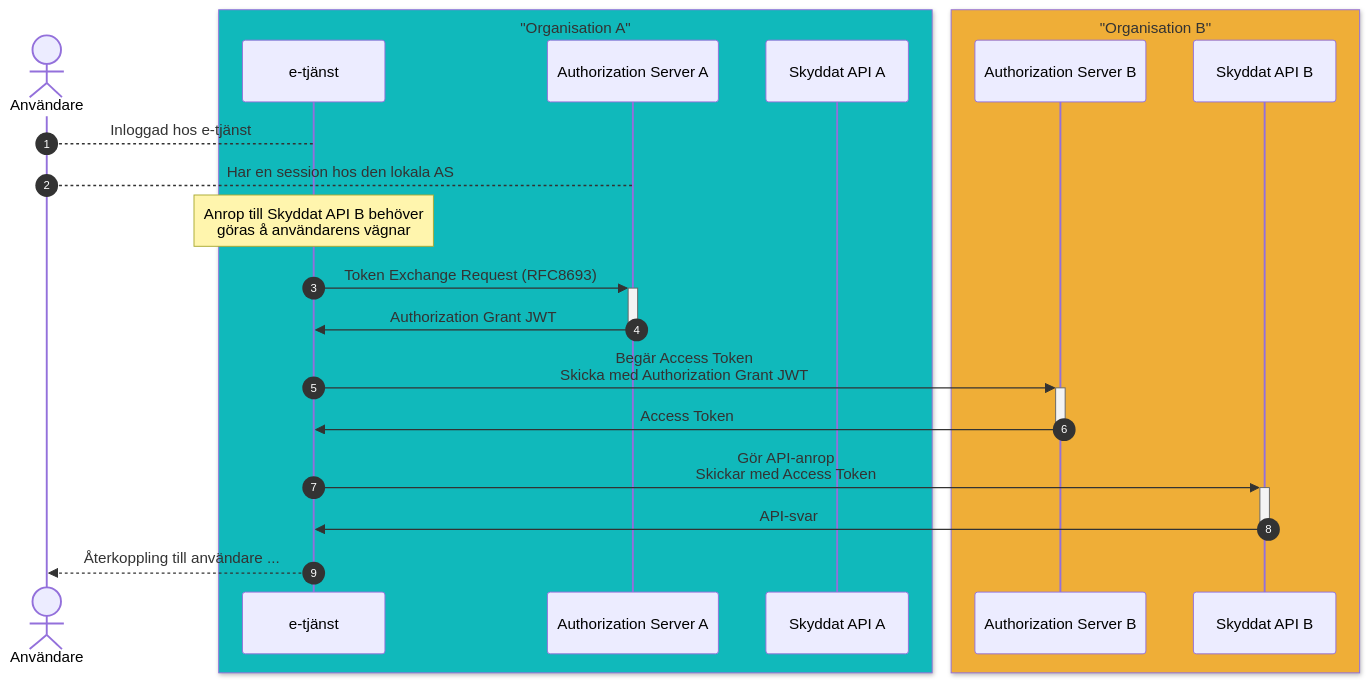
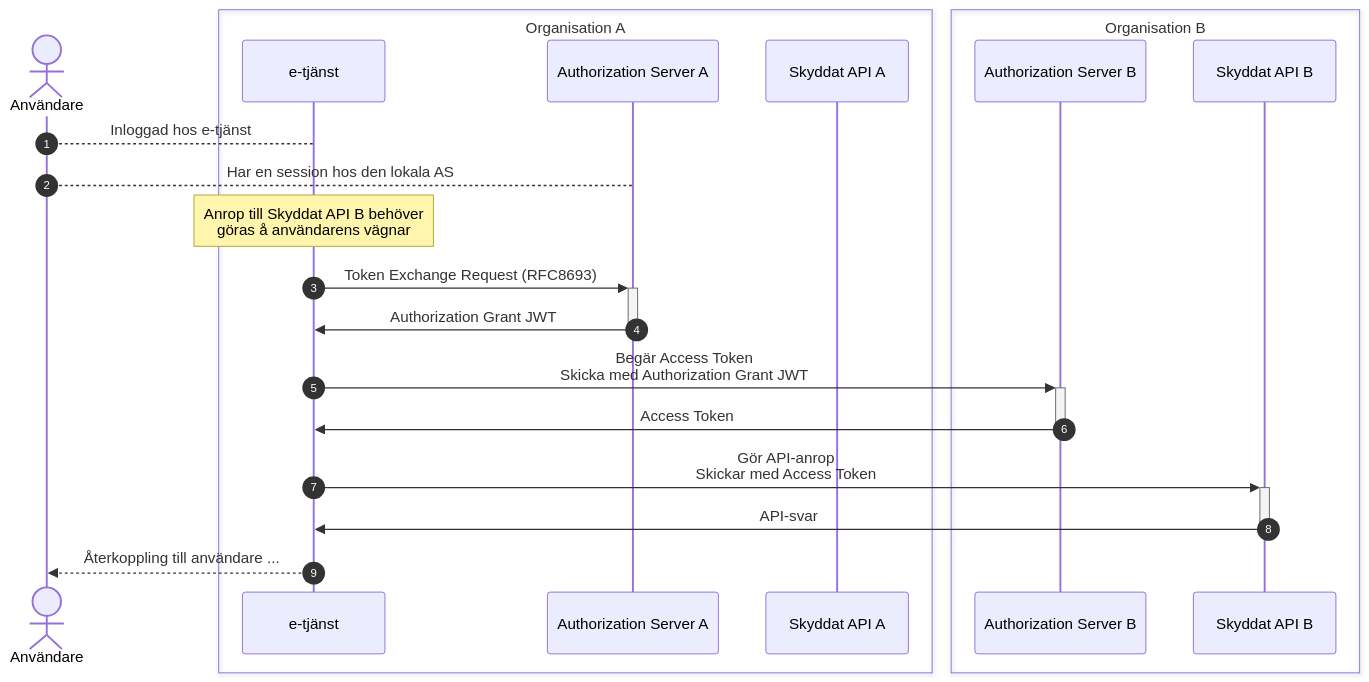
One commit to diggsweden/ena-authorization changed the first of 2 diagrams in architecture/patterns/inter-domain-calls.md. Above: the diagram before and after it, drawn with Mermaid. The commit also changed other lines of this file, not shown here.

Commit message:
Fixade kontrast i Mermaid-diagram

````diff
--- a/architecture/patterns/inter-domain-calls.md
+++ b/architecture/patterns/inter-domain-calls.md
@@ -26,32 +26,31 @@
 ```mermaid
-%%{ init : { "theme" : "default", "themeVariables" : { "background" : "#000" }}}%%
 sequenceDiagram
 autonumber
     actor User as Användare
 
-    box rgb(16,185,187) "Organisation A"
+    box Organisation A
         participant Service as e-tjänst
         participant AsA as Authorization Server A
         participant ApiA as Skyddat API A
     end
 
-    box rgb(239,174,55) "Organisation B"
+    box Organisation B
         participant AsB as Authorization Server B
         participant ApiB as Skyddat API B
     end
 
     User-->Service: Inloggad hos e-tjänst
     User-->AsA: Har en session hos den lokala AS
 
     Note over Service: Anrop till Skyddat API B behöver<br />göras å användarens vägnar 
     Service->>+AsA: Token Exchange Request (RFC8693)
     AsA->>-Service: Authorization Grant JWT
 
     Service->>+AsB: Begär Access Token<br />Skicka med Authorization Grant JWT
     AsB->>-Service: Access Token
 
     Service->>+ApiB: Gör API-anrop<br />Skickar med Access Token
     ApiB->>-Service: API-svar
 
     Service-->>User: Återkoppling till användare ...
 ```
````
